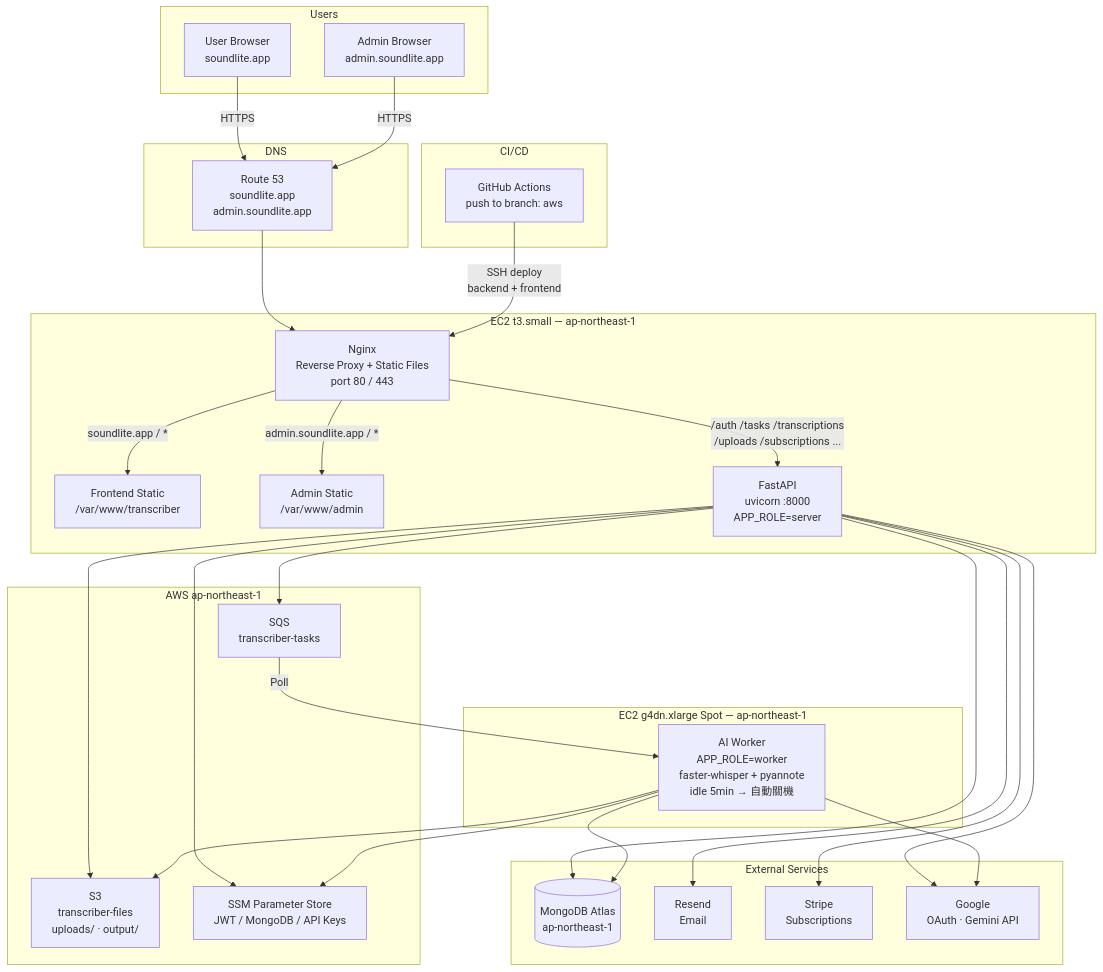
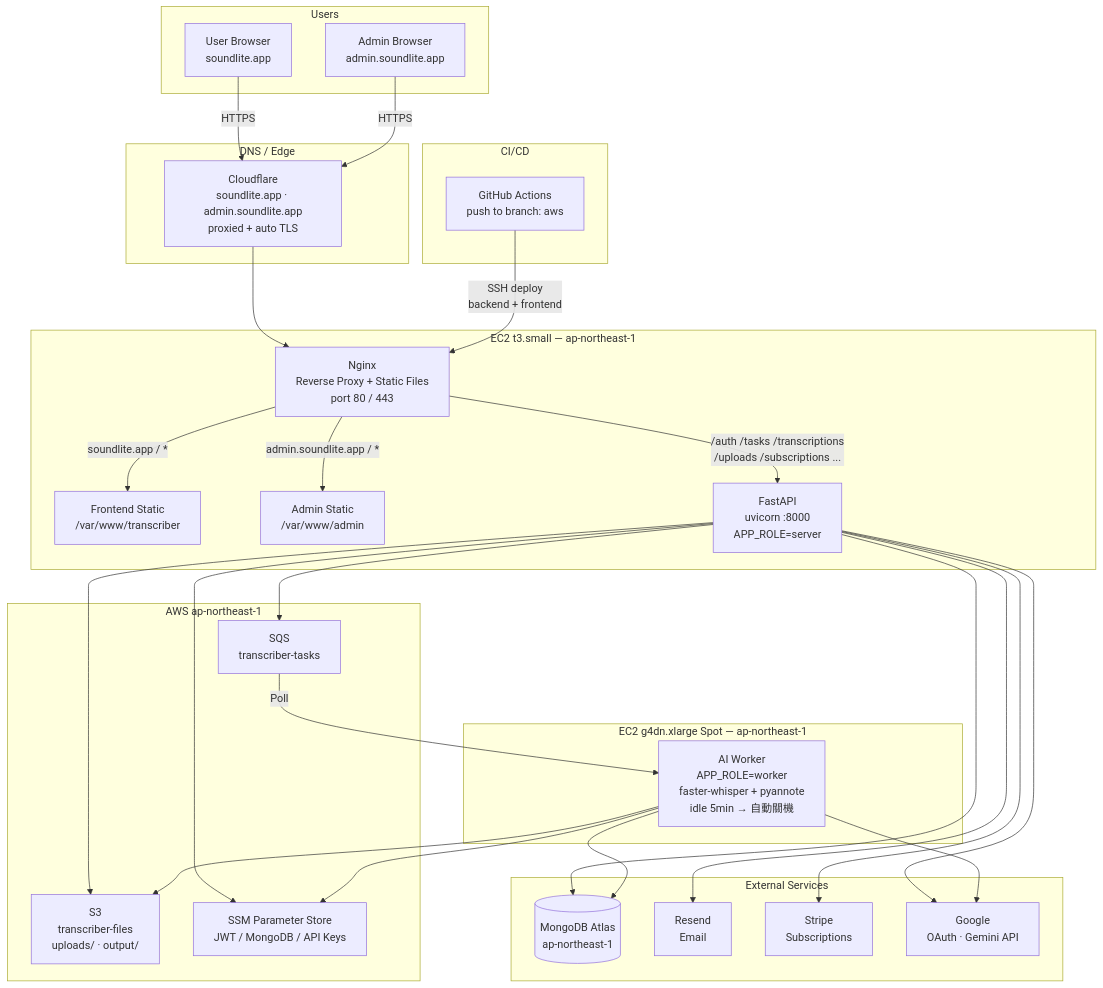
One commit to Hsin-Kuo/transcriber changed the first of 2 diagrams in README.md. Above: the diagram before and after it, drawn with Mermaid. The commit also changed other lines of this file and 9 other files, not shown here.

````diff
--- a/README.md
+++ b/README.md
@@ -107,62 +124,62 @@
 ```mermaid
 graph TB
     subgraph "Users"
         U[User Browser<br/>soundlite.app]
         A[Admin Browser<br/>admin.soundlite.app]
     end
 
-    subgraph "DNS"
-        R53[Route 53<br/>soundlite.app<br/>admin.soundlite.app]
+    subgraph "DNS / Edge"
+        CF[Cloudflare<br/>soundlite.app · admin.soundlite.app<br/>proxied + auto TLS]
     end
 
     subgraph "EC2 t3.small — ap-northeast-1"
         Nginx["Nginx<br/>Reverse Proxy + Static Files<br/>port 80 / 443"]
         FE["Frontend Static<br/>/var/www/transcriber"]
         AdminFE["Admin Static<br/>/var/www/admin"]
         API["FastAPI<br/>uvicorn :8000<br/>APP_ROLE=server"]
     end
 
     subgraph "AWS ap-northeast-1"
         SQS[SQS<br/>transcriber-tasks]
         S3[S3<br/>transcriber-files<br/>uploads/ · output/]
         SSM[SSM Parameter Store<br/>JWT / MongoDB / API Keys]
     end
 
     subgraph "EC2 g4dn.xlarge Spot — ap-northeast-1"
         Worker["AI Worker<br/>APP_ROLE=worker<br/>faster-whisper + pyannote<br/>idle 5min → 自動關機"]
     end
 
     subgraph "External Services"
         MongoDB[(MongoDB Atlas<br/>ap-northeast-1)]
         Resend[Resend<br/>Email]
         Stripe[Stripe<br/>Subscriptions]
         Google[Google<br/>OAuth · Gemini API]
     end
 
     subgraph "CI/CD"
         GHA["GitHub Actions<br/>push to branch: aws"]
     end
 
-    U -->|HTTPS| R53
-    A -->|HTTPS| R53
-    R53 --> Nginx
+    U -->|HTTPS| CF
+    A -->|HTTPS| CF
+    CF --> Nginx
     Nginx -->|"soundlite.app / *"| FE
     Nginx -->|"admin.soundlite.app / *"| AdminFE
     Nginx -->|"/auth /tasks /transcriptions<br/>/uploads /subscriptions ..."| API
 
     API --> MongoDB
     API --> S3
     API --> SQS
     API --> SSM
     API --> Resend
     API --> Stripe
     API --> Google
 
     SQS -->|Poll| Worker
     Worker --> MongoDB
     Worker --> S3
     Worker --> SSM
     Worker --> Google
 
     GHA -->|"SSH deploy<br/>backend + frontend"| Nginx
 ```
````
